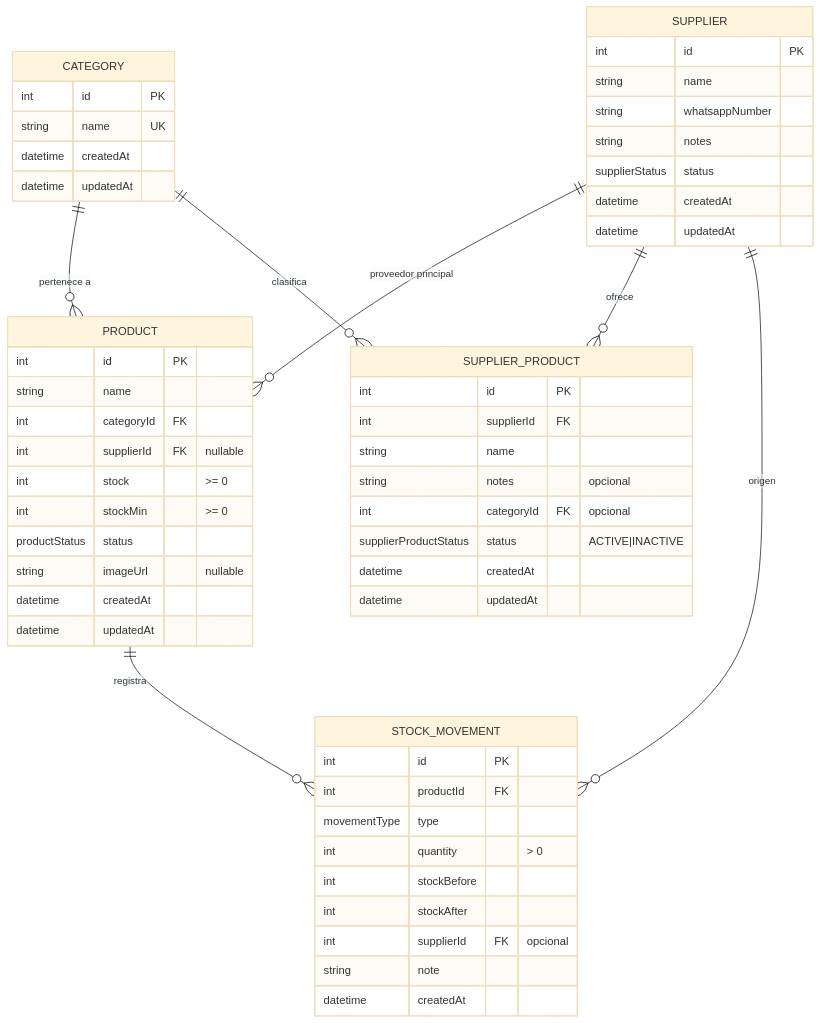
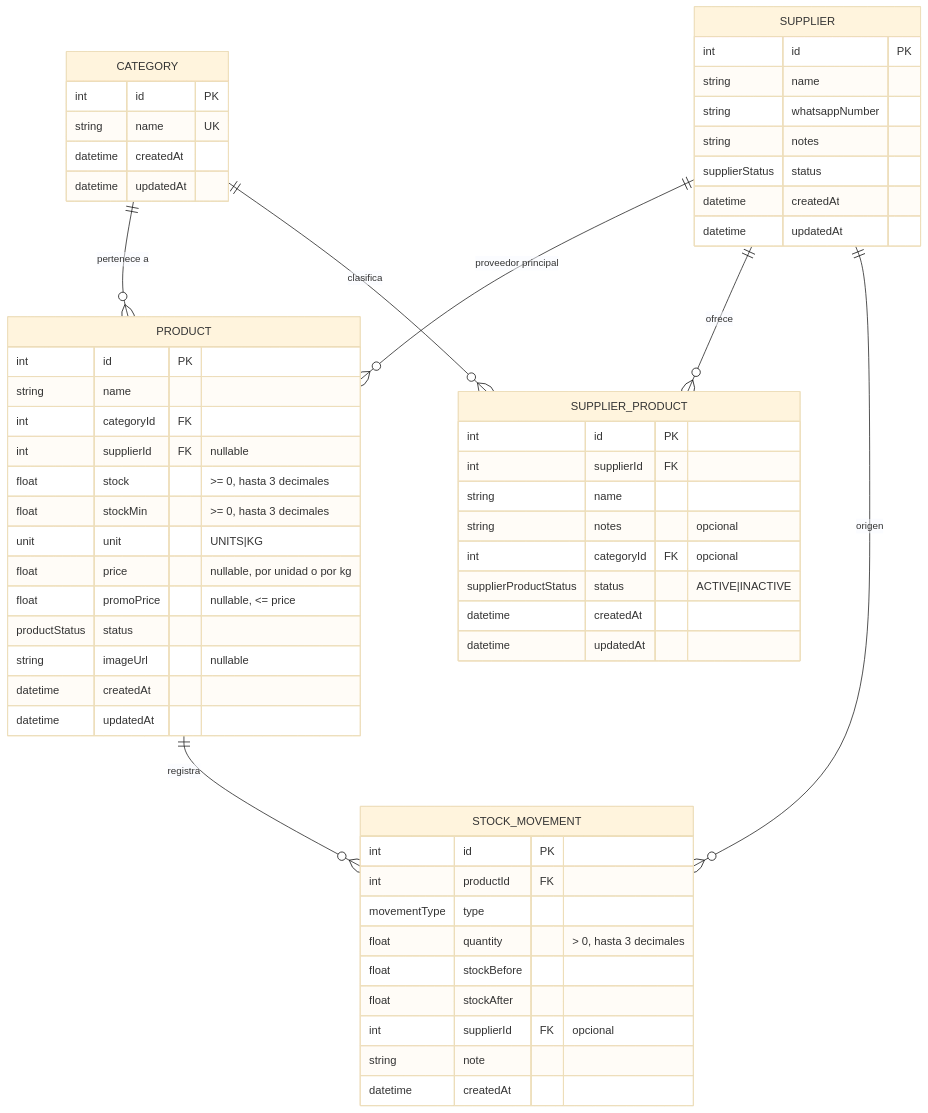
One commit to Ths-c/La-cucha changed the diagram in docs/database.md. Above: the diagram before and after it, drawn with Mermaid (base theme). The commit also changed other lines of this file and 28 other files, not shown here.

First line of the commit message:
feat: productos por unidades o KG con decimales + precio y oferta

````diff
--- a/docs/database.md
+++ b/docs/database.md
@@ -9,58 +9,61 @@
 ```mermaid
 erDiagram
     CATEGORY ||--o{ PRODUCT : "pertenece a"
     SUPPLIER ||--o{ PRODUCT : "proveedor principal"
     SUPPLIER ||--o{ SUPPLIER_PRODUCT : "ofrece"
     CATEGORY ||--o{ SUPPLIER_PRODUCT : "clasifica"
     PRODUCT ||--o{ STOCK_MOVEMENT : "registra"
     SUPPLIER ||--o{ STOCK_MOVEMENT : "origen"
 
     CATEGORY {
         int id PK
         string name UK
         datetime createdAt
         datetime updatedAt
     }
     SUPPLIER {
         int id PK
         string name
         string whatsappNumber
         string notes
         supplierStatus status
         datetime createdAt
         datetime updatedAt
     }
     PRODUCT {
         int id PK
         string name
         int categoryId FK
         int supplierId FK "nullable"
-        int stock ">= 0"
-        int stockMin ">= 0"
+        float stock ">= 0, hasta 3 decimales"
+        float stockMin ">= 0, hasta 3 decimales"
+        unit unit "UNITS|KG"
+        float price "nullable, por unidad o por kg"
+        float promoPrice "nullable, <= price"
         productStatus status
         string imageUrl "nullable"
         datetime createdAt
         datetime updatedAt
     }
     SUPPLIER_PRODUCT {
         int id PK
         int supplierId FK
         string name
         string notes "opcional"
         int categoryId FK "opcional"
         supplierProductStatus status "ACTIVE|INACTIVE"
         datetime createdAt
         datetime updatedAt
     }
     STOCK_MOVEMENT {
         int id PK
         int productId FK
         movementType type
-        int quantity "> 0"
-        int stockBefore
-        int stockAfter
+        float quantity "> 0, hasta 3 decimales"
+        float stockBefore
+        float stockAfter
         int supplierId FK "opcional"
         string note
         datetime createdAt
     }
 ```
````
